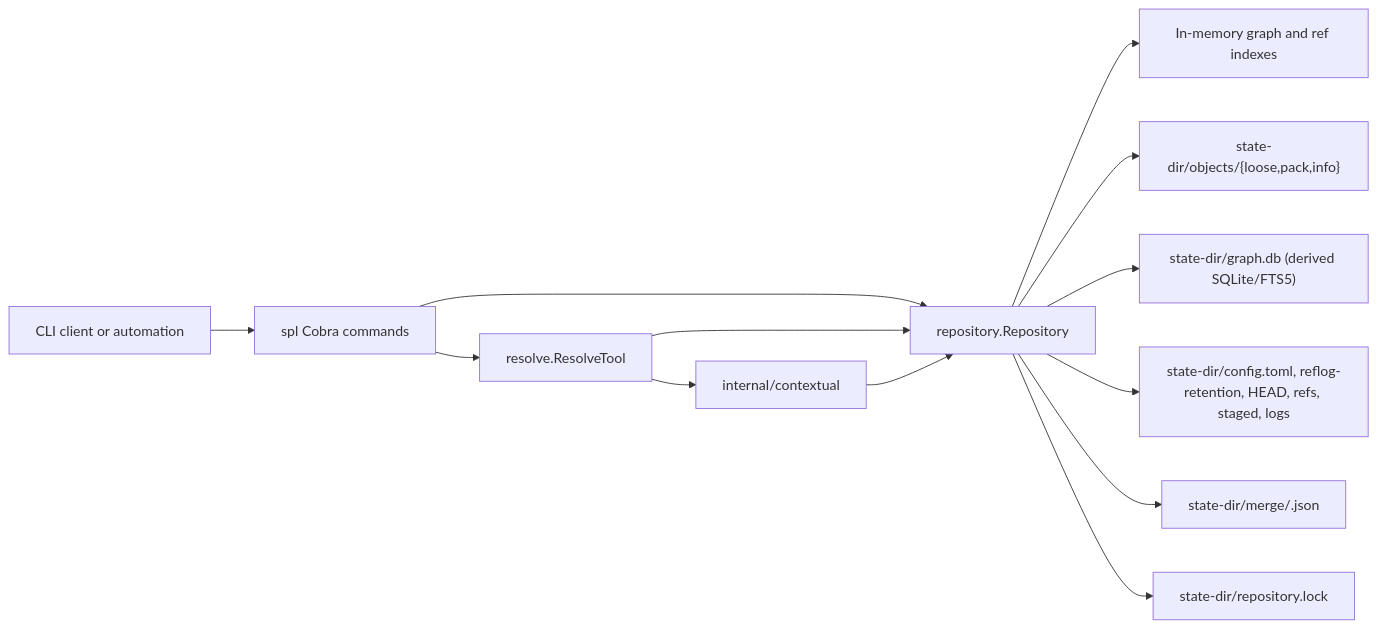
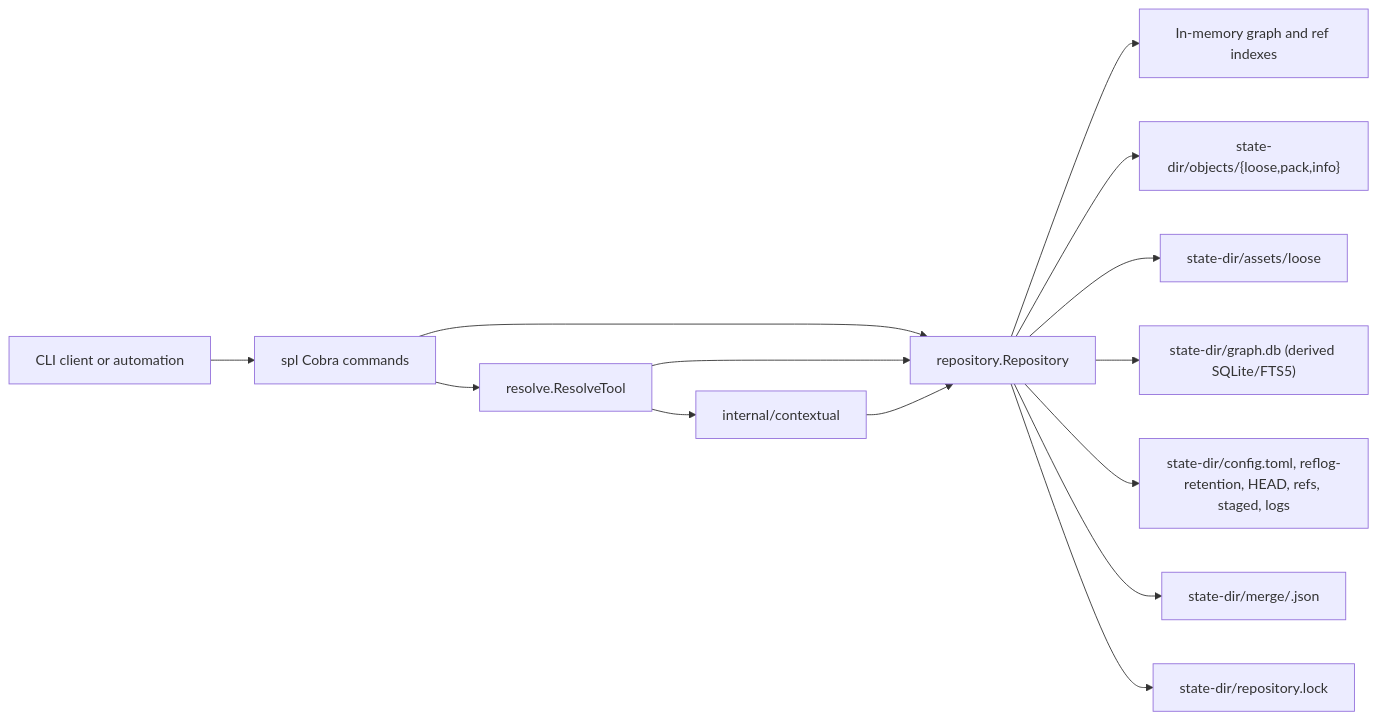
One commit to autonomous-bits/spool changed the diagram in docs/architecture.md. Above: the diagram before and after it, drawn with Mermaid. The commit also changed other lines of this file and 3 other files, not shown here.

````diff
--- a/docs/architecture.md
+++ b/docs/architecture.md
@@ -10,15 +10,16 @@
 ```mermaid
 flowchart LR
     Client[CLI client or automation] --> CLI[spl Cobra commands]
     CLI --> Repository[repository.Repository]
     CLI --> Tool[resolve.ResolveTool]
     Tool --> Contextual[internal/contextual]
     Tool --> Repository
     Contextual --> Repository
     Repository --> Memory[In-memory graph and ref indexes]
     Repository --> Objects["state-dir/objects/{loose,pack,info}"]
+    Repository --> Assets["state-dir/assets/loose"]
     Repository --> Projection["state-dir/graph.db (derived SQLite/FTS5)"]
     Repository --> State["state-dir/config.toml, reflog-retention, HEAD, refs, staged, logs"]
     Repository --> Merge["state-dir/merge/<hashed-branch>.json"]
     Repository --> Lock["state-dir/repository.lock"]
 ```
````
